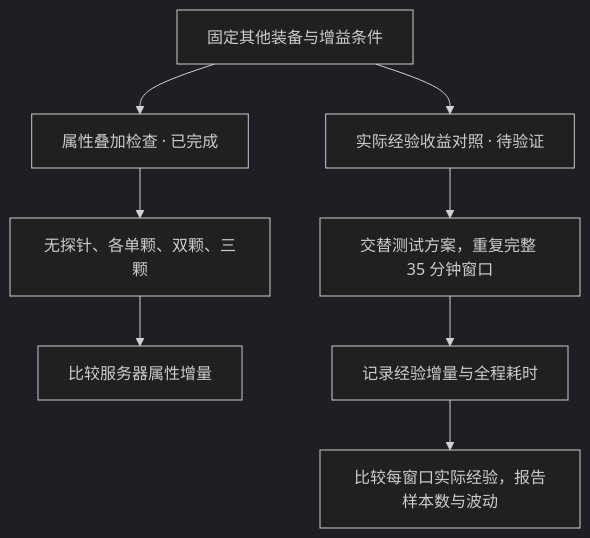
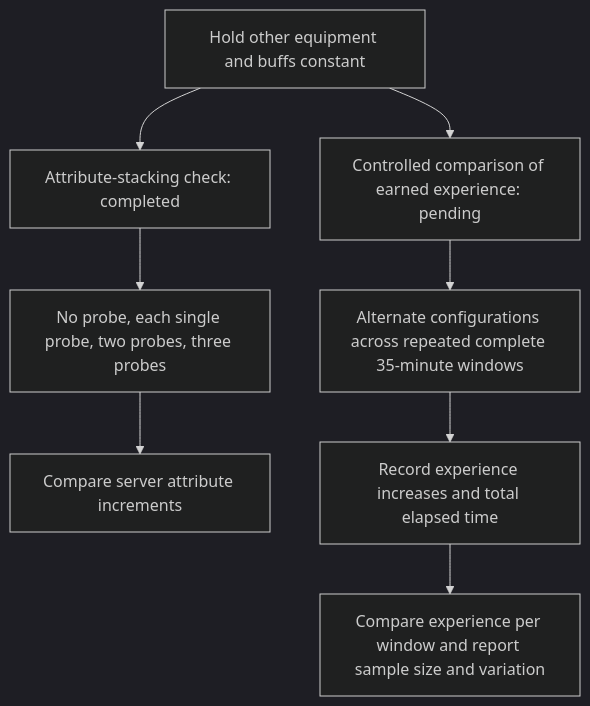
The diagram in docs/experience-study.md (ZhonghuaM/Milky-Way), drawn with Mermaid (dark theme) before and after one commit. The commit also changed other lines of this file and 4 other files, not shown here.

````diff
--- a/docs/experience-study.md
+++ b/docs/experience-study.md
@@ -39,10 +39,10 @@
 ```mermaid
 flowchart TB
-    Conditions["固定其他装备与增益条件"] --> Attribute["属性叠加检查 · 已完成"]
-    Attribute --> Readings["无探针、各单颗、双颗、三颗"]
-    Readings --> Result["比较服务器属性增量"]
-    Conditions --> Reward["实际经验收益对照 · 待验证"]
-    Reward --> Windows["交替测试方案，重复完整 35 分钟窗口"]
-    Windows --> Measure["记录经验增量与全程耗时"]
-    Measure --> Compare["比较每窗口实际经验，报告样本数与波动"]
+    Conditions["Hold other equipment and buffs constant"] --> Attribute["Attribute-stacking check: completed"]
+    Attribute --> Readings["No probe, each single probe, two probes, three probes"]
+    Readings --> Result["Compare server attribute increments"]
+    Conditions --> Reward["Controlled comparison of earned experience: pending"]
+    Reward --> Windows["Alternate configurations across repeated complete 35-minute windows"]
+    Windows --> Measure["Record experience increases and total elapsed time"]
+    Measure --> Compare["Compare experience per window and report sample size and variation"]
 ```
````
